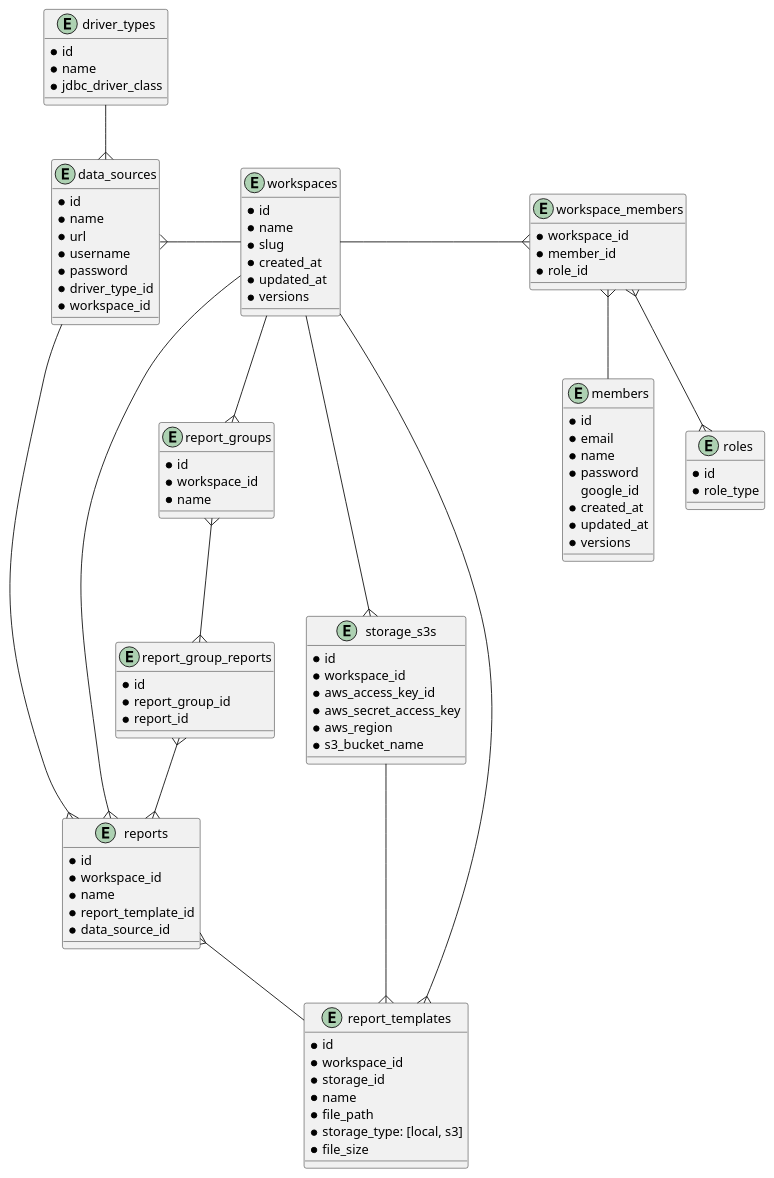
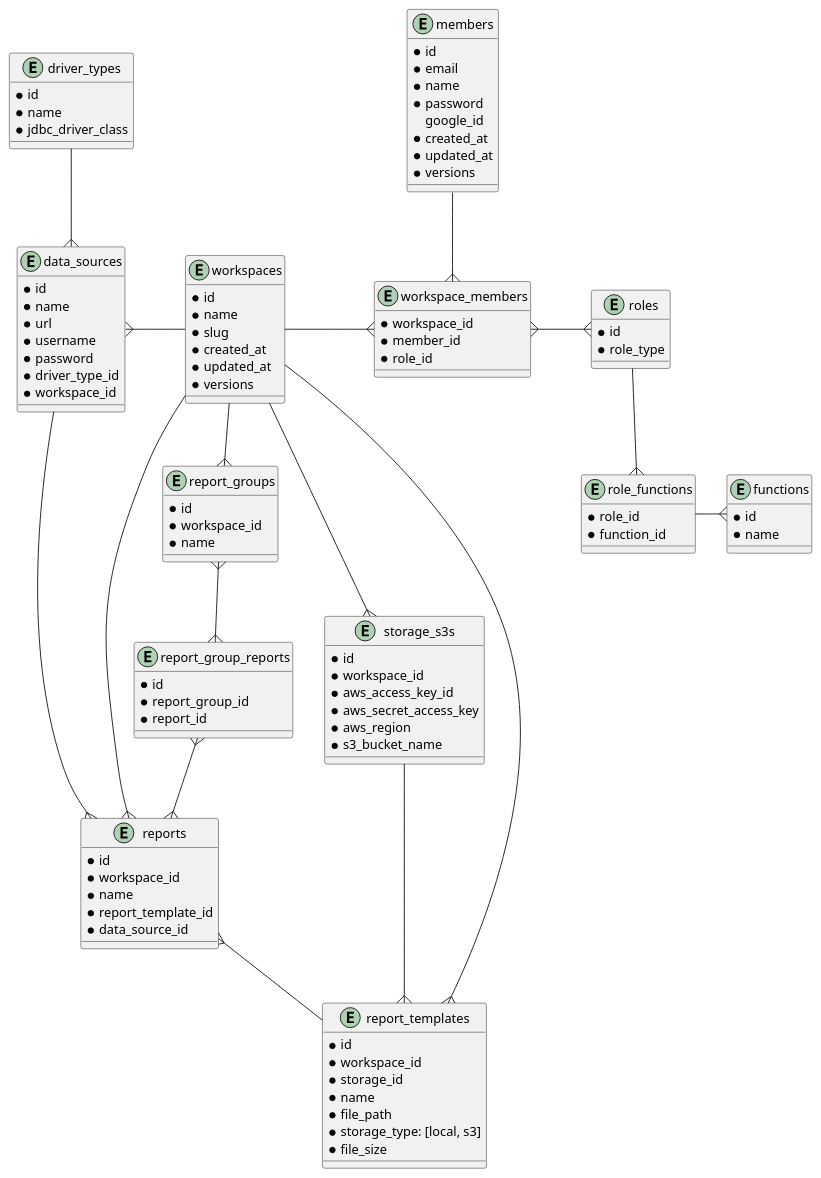
Before and after one commit to ijufumi/openreports-api: the diagram in docs/db/diagram.puml, drawn with PlantUML.

Commit message:
feat: design functions ERD

```diff
--- a/docs/db/diagram.puml
+++ b/docs/db/diagram.puml
@@ -1,104 +1,116 @@
 @startuml
 
 entity members {
   * id
   * email
   * name
   * password
     google_id
   * created_at
   * updated_at
   * versions
 }
 
 entity workspaces {
   * id
   * name
   * slug
   * created_at
   * updated_at
   * versions
 }
 
 entity workspace_members {
   * workspace_id
   * member_id
   * role_id
 }
 
 entity roles {
   * id
   * role_type
+}
+
+entity functions {
+  * id
+  * name
+}
+
+entity role_functions {
+  * role_id
+  * function_id
 }
 
 entity data_sources {
   * id
   * name
   * url
   * username
   * password
   * driver_type_id
   * workspace_id
 }
 
 entity driver_types {
   * id
   * name
   * jdbc_driver_class
 }
 
 entity reports {
   * id
   * workspace_id
   * name
   * report_template_id
   * data_source_id
 }
 
 entity report_templates {
   * id
   * workspace_id
   * storage_id
   * name
   * file_path
   * storage_type: [local, s3]
   * file_size
 }
 
 entity report_groups {
   * id
   * workspace_id
   * name
 }
 
 entity report_group_reports {
   * id
   * report_group_id
   * report_id
 }
 
 entity storage_s3s {
   * id
   * workspace_id
   * aws_access_key_id
   * aws_secret_access_key
   * aws_region
   * s3_bucket_name
 }
 
 workspaces --r{ workspace_members
-workspace_members }-- members
-workspace_members }--{ roles
+workspace_members }--u members
+workspace_members }--r{ roles
+roles --{ role_functions
+role_functions --r{ functions
 workspaces --l{ data_sources
 workspaces --{ reports
 workspaces --{ report_templates
 workspaces --{ report_groups
 reports }-- report_templates
 report_groups }--{ report_group_reports
 report_group_reports }--{ reports
 driver_types --{ data_sources
 data_sources --{ reports
-workspaces --{ storage_s3s
+workspaces --r{ storage_s3s
 storage_s3s --{ report_templates
 
 @enduml
```
